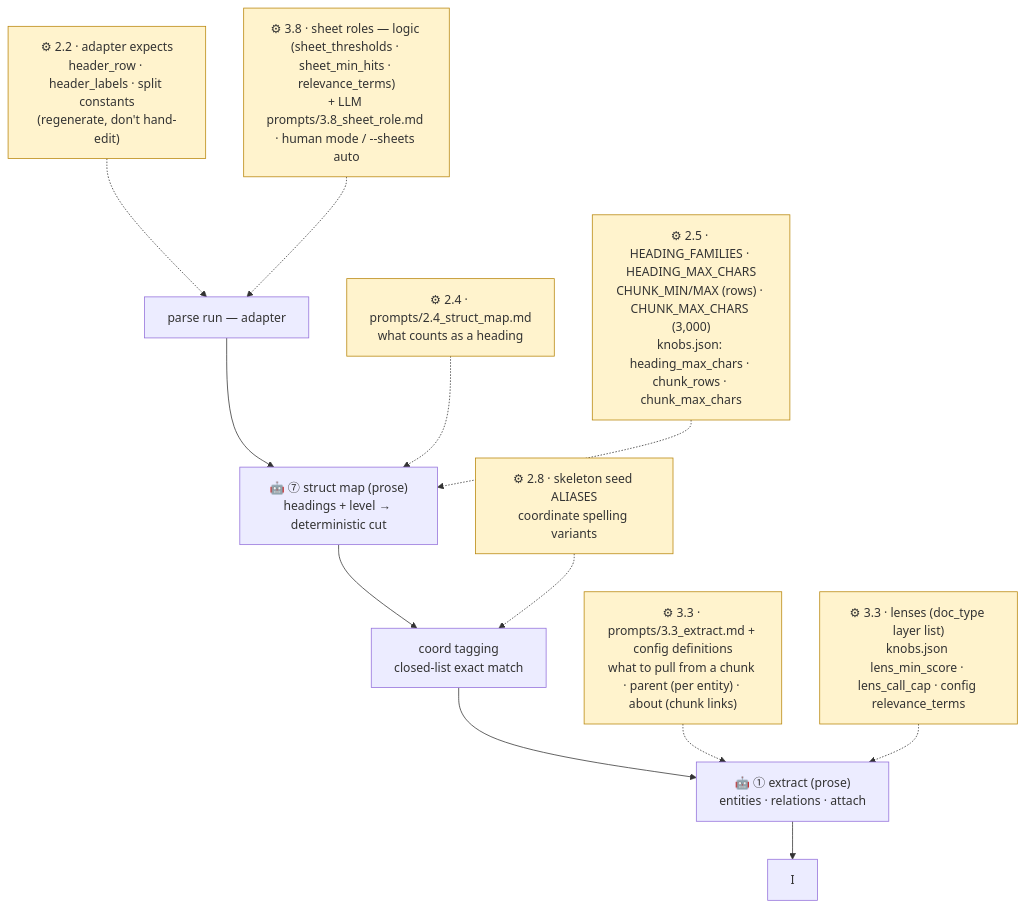
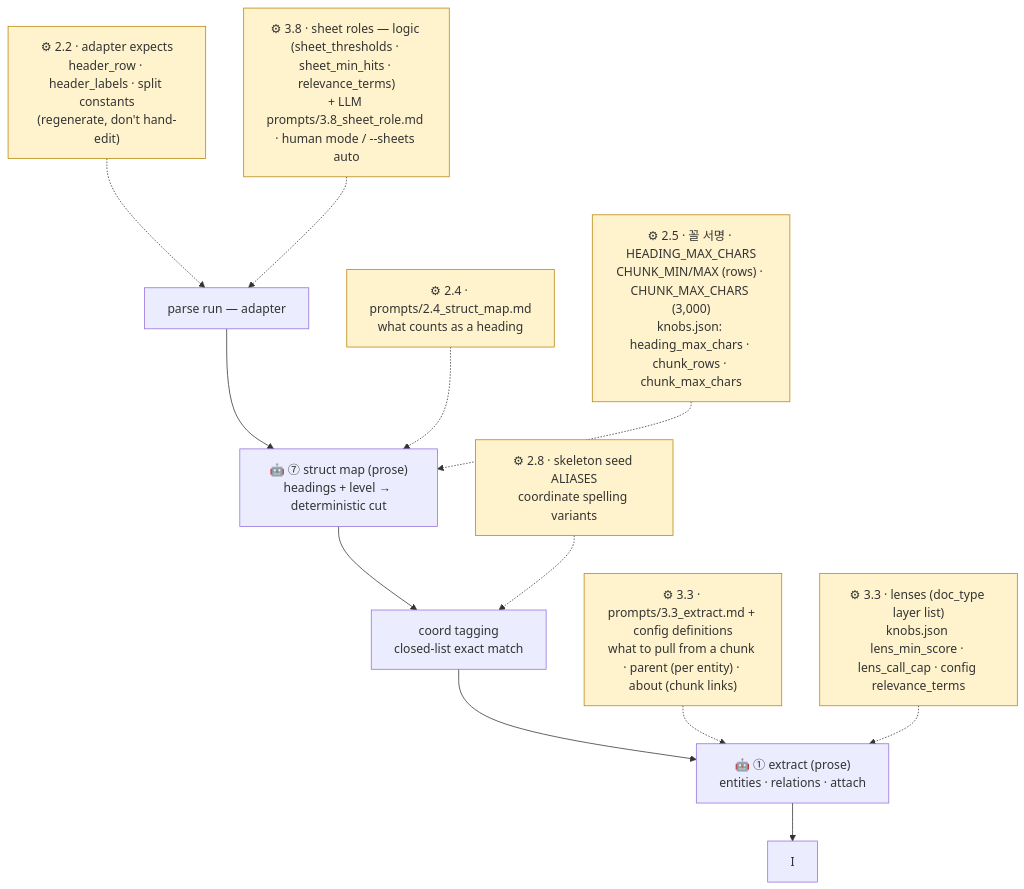
Before and after one commit to playjae0/ontology_system: the second of 4 diagrams in docs/구조도/05_조절_지도.md, drawn with Mermaid. The commit also changed other lines of this file and 16 other files, not shown here.

First line of the commit message:
B132 ⑥⑨ — 글자 상한은 깊은 제목을 차례로 · 경로는 구조의 부모 사슬 · 고침 적용 순서 고정 · 가이드 · 구조도 · --step 산문 관문 시험(시트마다 구조 확인)

````diff
--- a/docs/구조도/05_조절_지도.md
+++ b/docs/구조도/05_조절_지도.md
@@ -41,16 +41,16 @@
 ```mermaid
 flowchart TD
   G["parse run — adapter"] --> G2["🤖 ⑦ struct map (prose)<br/>headings + level → deterministic cut"]
   G2 --> H["coord tagging<br/>closed-list exact match"]
   H --> X["🤖 ① extract (prose)<br/>entities · relations · attach"]
   X --> I
 
   Q0["⚙ 2.2 · adapter expects<br/>header_row · header_labels · split constants<br/>(regenerate, don't hand-edit)"]:::knob -.-> G
   Q7["⚙ 2.4 · prompts/2.4_struct_map.md<br/>what counts as a heading"]:::knob -.-> G2
-  Q10["⚙ 2.5 · HEADING_FAMILIES · HEADING_MAX_CHARS<br/>CHUNK_MIN/MAX (rows) · CHUNK_MAX_CHARS (3,000)<br/>knobs.json: heading_max_chars · chunk_rows · chunk_max_chars"]:::knob -.-> G2
+  Q10["⚙ 2.5 · 꼴 서명 · HEADING_MAX_CHARS<br/>CHUNK_MIN/MAX (rows) · CHUNK_MAX_CHARS (3,000)<br/>knobs.json: heading_max_chars · chunk_rows · chunk_max_chars"]:::knob -.-> G2
   Q11["⚙ 3.8 · sheet roles — logic (sheet_thresholds · sheet_min_hits · relevance_terms)<br/>+ LLM prompts/3.8_sheet_role.md · human mode / --sheets auto"]:::knob -.-> G
   Q1["⚙ 2.8 · skeleton seed ALIASES<br/>coordinate spelling variants"]:::knob -.-> H
   Q8["⚙ 3.3 · prompts/3.3_extract.md + config definitions<br/>what to pull from a chunk · parent (per entity) · about (chunk links)"]:::knob -.-> X
   Q12["⚙ 3.3 · lenses (doc_type layer list)<br/>knobs.json lens_min_score · lens_call_cap · config relevance_terms"]:::knob -.-> X
   classDef knob fill:#fff3cd,stroke:#b8860b
 ```
````
